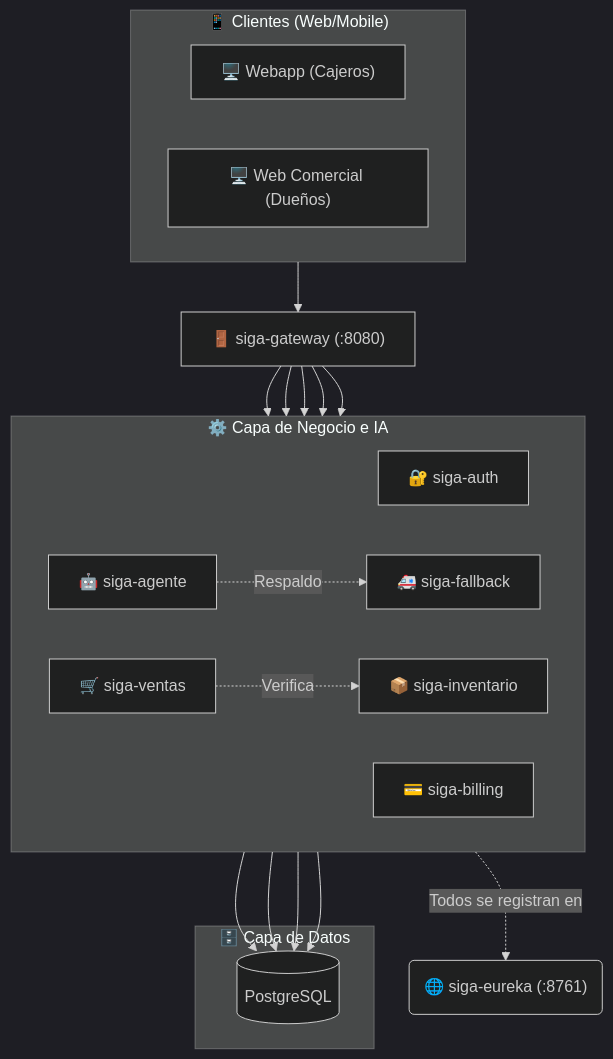
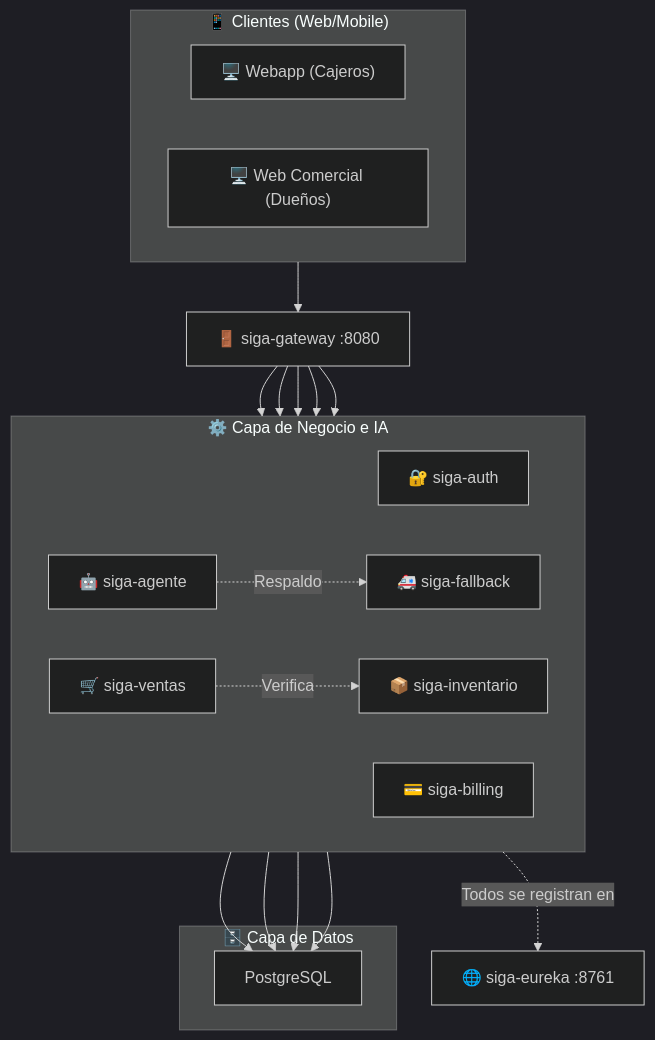
The first of 7 diagrams in openspec/changes/migracion-microservicios/architecture-diagrams.md (HecAguilaV/SIGA), drawn with Mermaid (dark theme) before and after one commit. The commit also changed other lines of this file, not shown here.

Commit message:
docs: corregir errores de sintaxis en nodos y flechas de Mermaid

````diff
--- a/openspec/changes/migracion-microservicios/architecture-diagrams.md
+++ b/openspec/changes/migracion-microservicios/architecture-diagrams.md
@@ -10,43 +10,43 @@
 ```mermaid
 flowchart TD
     subgraph Clientes["📱 Clientes (Web/Mobile)"]
         W1["🖥️ Webapp (Cajeros)"]
         W2["🖥️ Web Comercial (Dueños)"]
     end
 
-    GW["🚪 siga-gateway (:8080)"]
+    GW["🚪 siga-gateway :8080"]
 
     subgraph Microservicios["⚙️ Capa de Negocio e IA"]
         direction LR
         AU["🔐 siga-auth"]
         IN["📦 siga-inventario"]
         VE["🛒 siga-ventas"]
         BI["💳 siga-billing"]
         AG["🤖 siga-agente"]
         FB["🚑 siga-fallback"]
     end
 
     subgraph Datos["🗄️ Capa de Datos"]
-        DB[("PostgreSQL")]
+        DB["PostgreSQL"]
     end
     
-    EU("🌐 siga-eureka (:8761)")
+    EU["🌐 siga-eureka :8761"]
 
     Clientes --> GW
     
     GW --> AU
     GW --> IN
     GW --> VE
     GW --> BI
     GW --> AG
     
     AG -.->|Respaldo| FB
     VE -.->|Verifica| IN
 
     AU --> DB
     IN --> DB
     VE --> DB
     BI --> DB
     
     Microservicios -.->|Todos se registran en| EU
 ```
````
